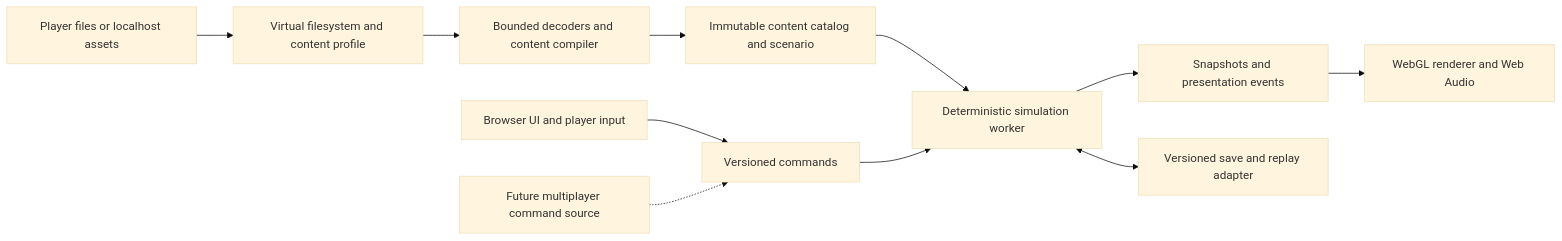
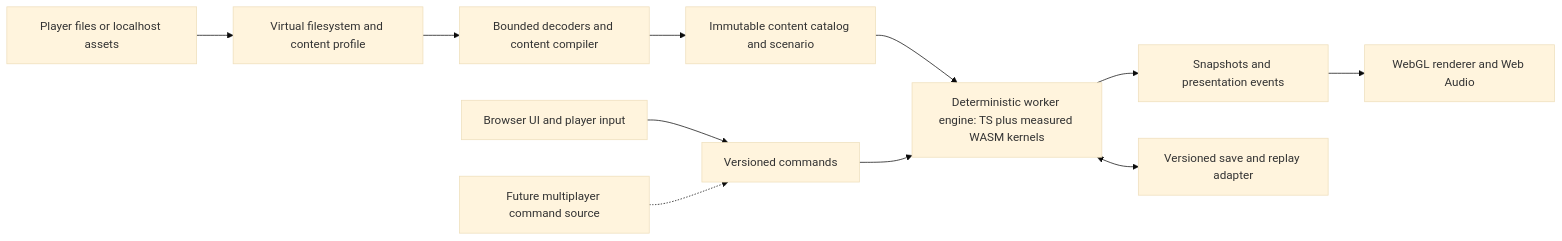
Before and after one commit to lictl/WebRA2: the diagram in docs/architecture.md, drawn with Mermaid (base theme). The commit also changed other lines of this file and 6 other files, not shown here.

````diff
--- a/docs/architecture.md
+++ b/docs/architecture.md
@@ -8,13 +14,13 @@
 ```mermaid
 flowchart LR
     F[Player files or localhost assets] --> V[Virtual filesystem and content profile]
     V --> D[Bounded decoders and content compiler]
     D --> C[Immutable content catalog and scenario]
-    C --> S[Deterministic simulation worker]
+    C --> S[Deterministic worker engine: TS plus measured WASM kernels]
     U[Browser UI and player input] --> Q[Versioned commands]
     Q --> S
     S --> R[Snapshots and presentation events]
     R --> G[WebGL renderer and Web Audio]
     S <--> P[Versioned save and replay adapter]
     N[Future multiplayer command source] -.-> Q
 ```
````
